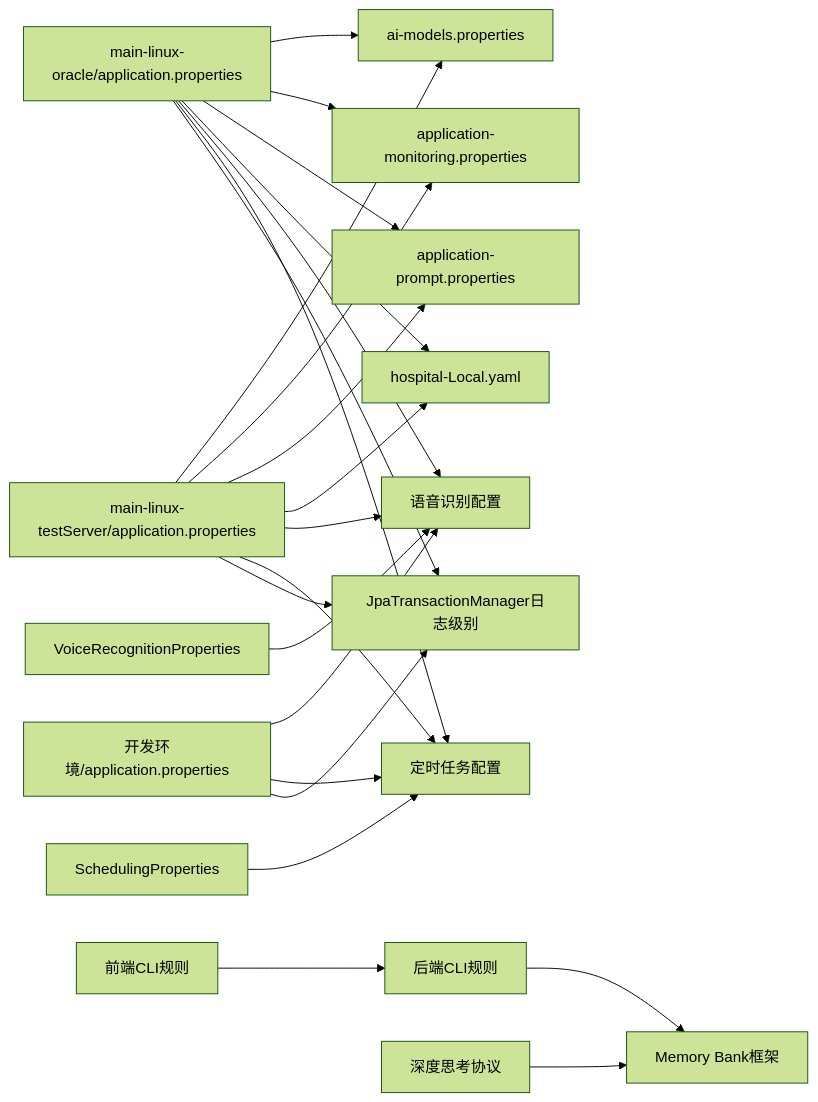
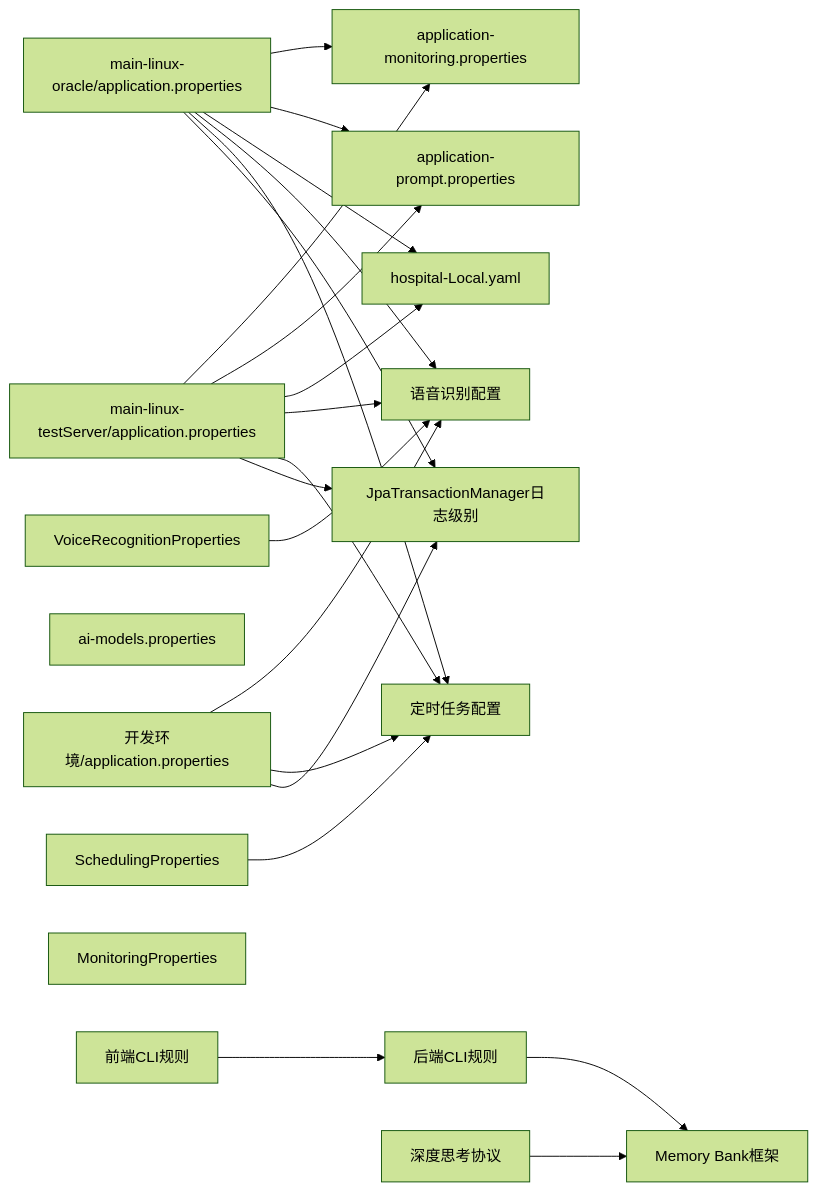
Before and after one commit to liuzh2008/med_ai_assistant_workspace: the third of 3 diagrams in .qoder/repowiki/zh/content/配置管理/配置管理.md, drawn with Mermaid (forest theme). The commit also changed other lines of this file and 3 other files, not shown here.

````diff
--- a/.qoder/repowiki/zh/content/配置管理/配置管理.md
+++ b/.qoder/repowiki/zh/content/配置管理/配置管理.md
@@ -516,41 +569,40 @@
 ```mermaid
 graph LR
 ORA_APP["main-linux-oracle/application.properties"]
 TEST_APP["main-linux-testServer/application.properties"]
 DEV_APP["开发环境/application.properties"]
 AI_FILE["ai-models.properties"]
 MONITOR["application-monitoring.properties"]
 PROMPT["application-prompt.properties"]
 HOSP["hospital-Local.yaml"]
 VOICE_CLASS["VoiceRecognitionProperties"]
 SCHEDULING_CLASS["SchedulingProperties"]
+MONITORING_CLASS["MonitoringProperties"]
 VOICE_CONFIG["语音识别配置"]
 SCHEDULING_CONFIG["定时任务配置"]
 TXN_LEVEL["JpaTransactionManager日志级别"]
 CLI_BACKEND["后端CLI规则"]
 CLI_FRONTEND["前端CLI规则"]
 MEMORY_BANK["Memory Bank框架"]
 THINK_PROTOCOL["深度思考协议"]
-ORA_APP --> AI_FILE
-TEST_APP --> AI_FILE
 ORA_APP --> MONITOR
 TEST_APP --> MONITOR
 ORA_APP --> PROMPT
 TEST_APP --> PROMPT
 ORA_APP --> HOSP
 TEST_APP --> HOSP
 ORA_APP --> VOICE_CONFIG
 TEST_APP --> VOICE_CONFIG
 DEV_APP --> VOICE_CONFIG
 VOICE_CLASS --> VOICE_CONFIG
 ORA_APP --> SCHEDULING_CONFIG
 TEST_APP --> SCHEDULING_CONFIG
 DEV_APP --> SCHEDULING_CONFIG
 SCHEDULING_CLASS --> SCHEDULING_CONFIG
 ORA_APP --> TXN_LEVEL
 TEST_APP --> TXN_LEVEL
 DEV_APP --> TXN_LEVEL
 CLI_BACKEND --> MEMORY_BANK
 CLI_FRONTEND --> CLI_BACKEND
 THINK_PROTOCOL --> MEMORY_BANK
 ```
````
